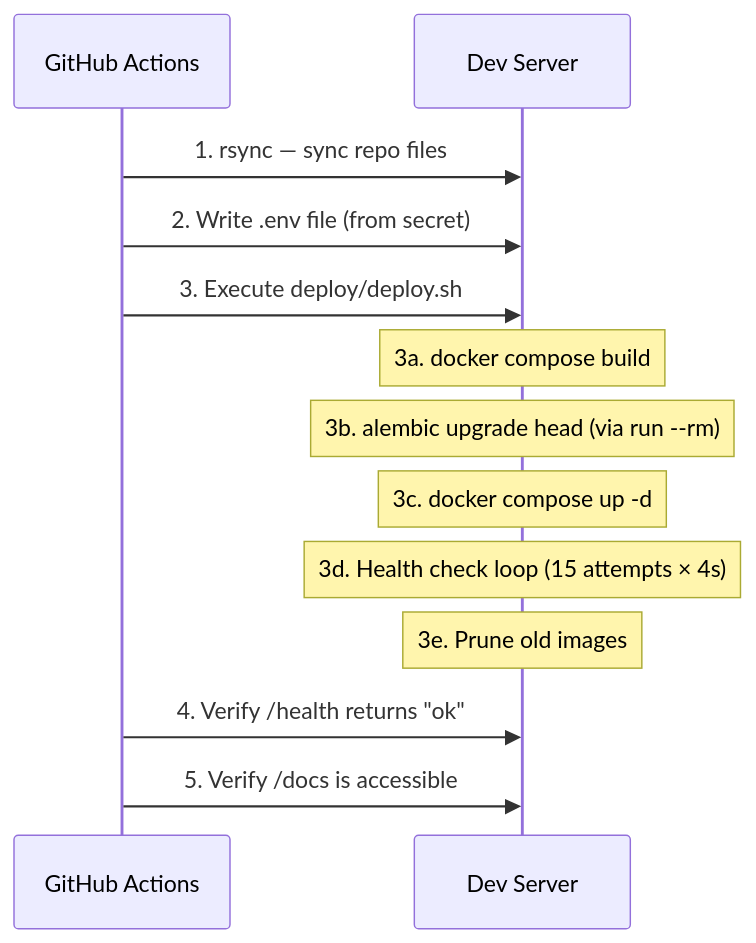
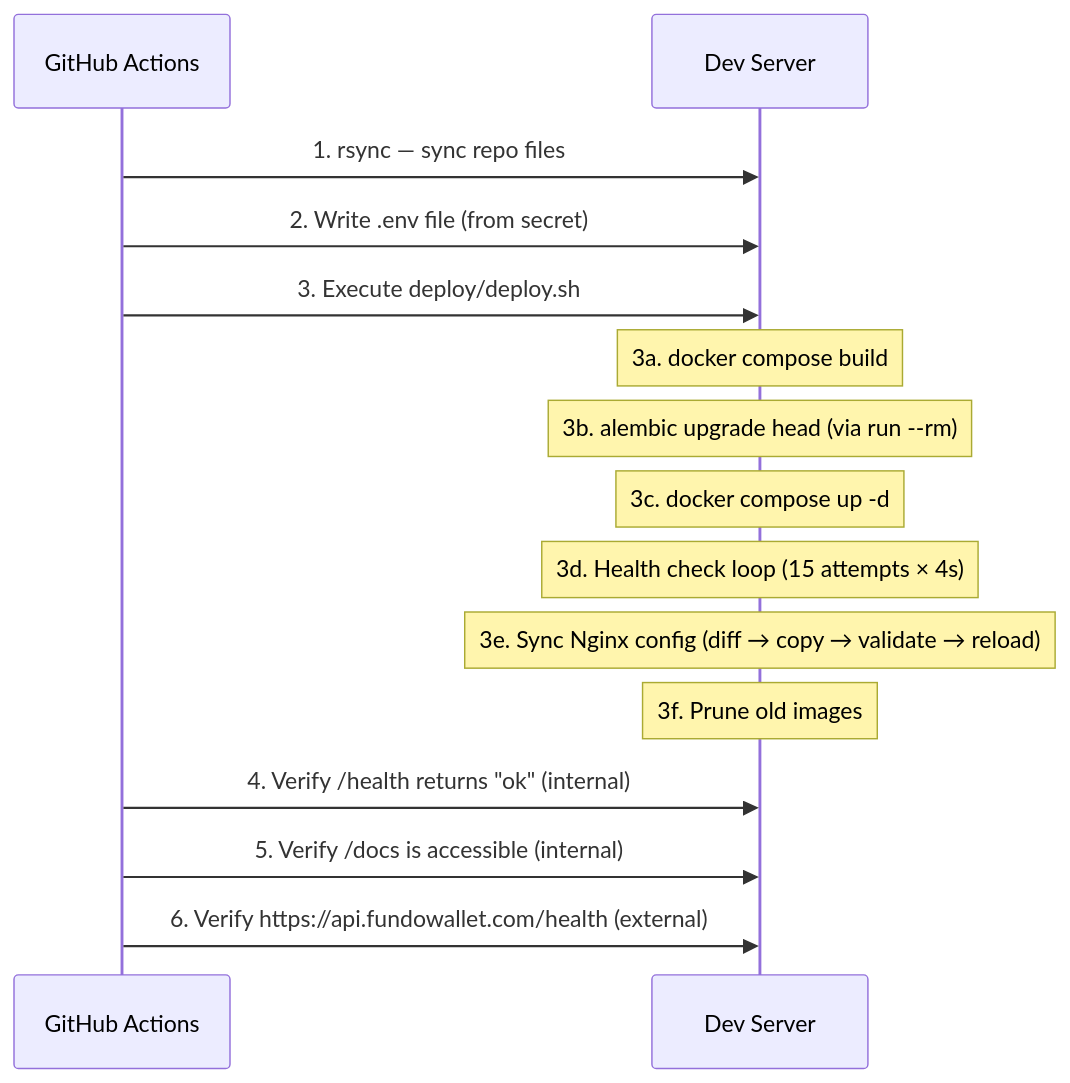
The second of 3 diagrams in docs/ci-cd-pipeline.md (matsindect/classwallet-backend), drawn with Mermaid before and after one commit. The commit also changed other lines of this file and 7 other files, not shown here.

````diff
--- a/docs/ci-cd-pipeline.md
+++ b/docs/ci-cd-pipeline.md
@@ -417,16 +511,18 @@
 ```mermaid
 sequenceDiagram
     participant GA as GitHub Actions
     participant SRV as Dev Server
 
     GA->>SRV: 1. rsync — sync repo files
     GA->>SRV: 2. Write .env file (from secret)
     GA->>SRV: 3. Execute deploy/deploy.sh
     Note over SRV: 3a. docker compose build
     Note over SRV: 3b. alembic upgrade head (via run --rm)
     Note over SRV: 3c. docker compose up -d
     Note over SRV: 3d. Health check loop (15 attempts × 4s)
-    Note over SRV: 3e. Prune old images
-    GA->>SRV: 4. Verify /health returns "ok"
-    GA->>SRV: 5. Verify /docs is accessible
+    Note over SRV: 3e. Sync Nginx config (diff → copy → validate → reload)
+    Note over SRV: 3f. Prune old images
+    GA->>SRV: 4. Verify /health returns "ok" (internal)
+    GA->>SRV: 5. Verify /docs is accessible (internal)
+    GA->>SRV: 6. Verify https://api.fundowallet.com/health (external)
 ```
````
